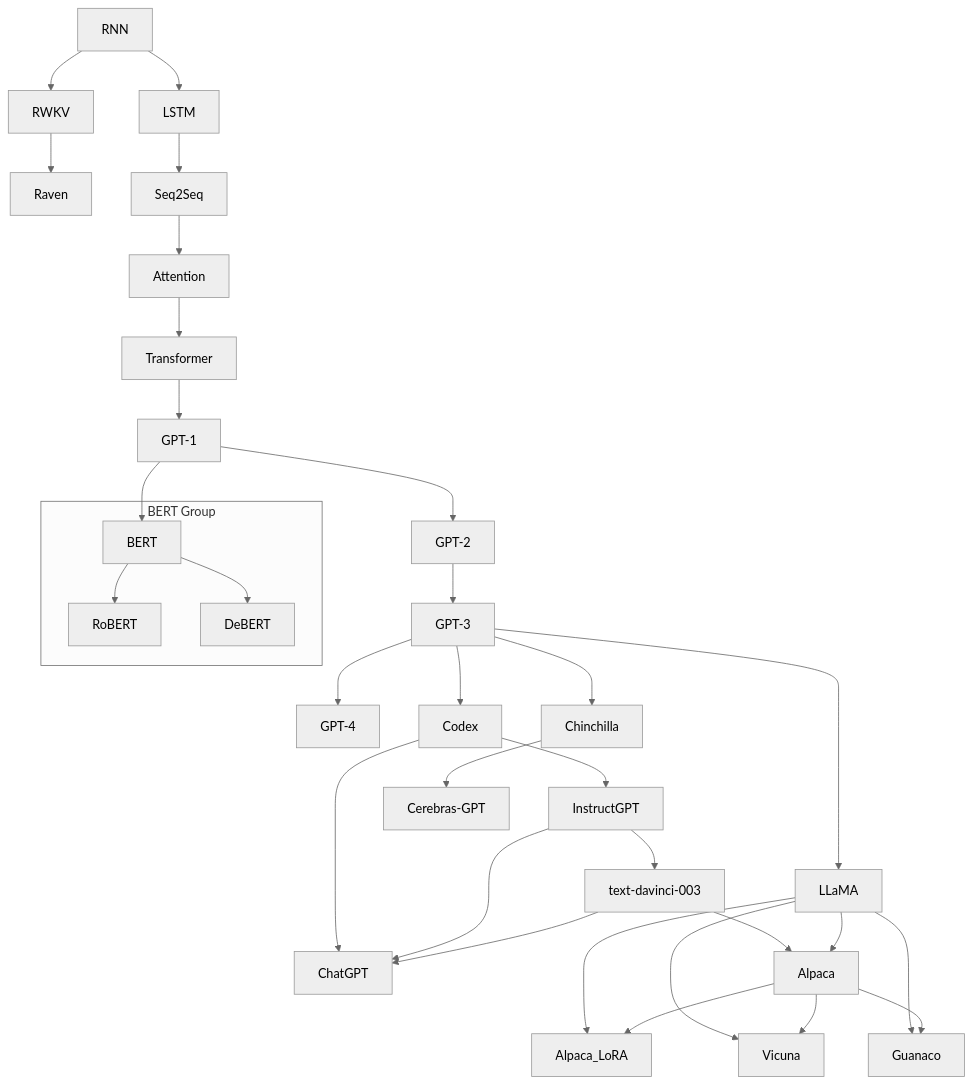
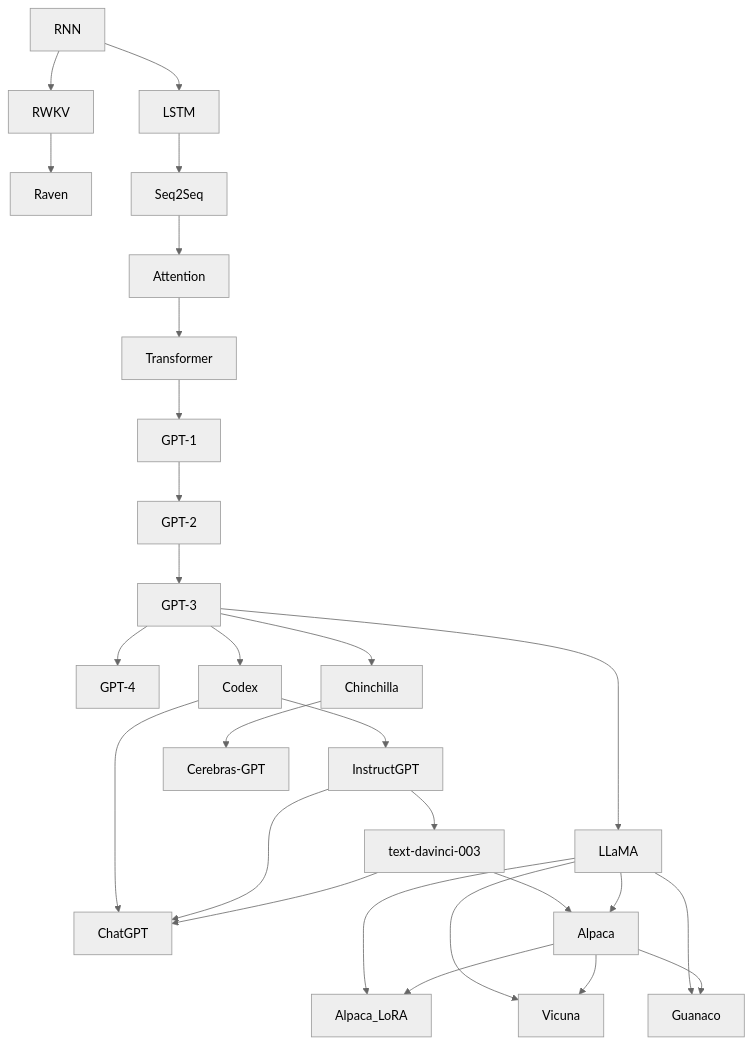
Before and after one commit to ted-sharp/chatvox: the fifth of 5 diagrams in doc/llm.md, drawn with Mermaid (neutral theme). The commit also changed other lines of this file, not shown here.

````diff
--- a/doc/llm.md
+++ b/doc/llm.md
@@ -79,33 +125,28 @@
 ```mermaid
 flowchart
 
 RNN --> LSTM
 RNN --> RWKV --> Raven
 LSTM --> Seq2Seq --> Attention --> Transformer --> GPT-1
 
-GPT-1 --> BERT
-subgraph BERT Group
-    BERT --> RoBERT
-    BERT --> DeBERT
-end
 
 GPT-1 --> GPT-2 --> GPT-3 --> GPT-4
 
 GPT-3 --> Codex --> InstructGPT --> text-davinci-003
 Codex --> ChatGPT
 InstructGPT --> ChatGPT
 text-davinci-003 --> ChatGPT
 text-davinci-003 --> Alpaca
 
 GPT-3  --> LLaMA
 LLaMA --> Alpaca
 LLaMA --> Alpaca_LoRA
 LLaMA --> Vicuna
 LLaMA --> Guanaco
 Alpaca --> Alpaca_LoRA
 Alpaca --> Vicuna
 Alpaca --> Guanaco
 
 GPT-3 --> Chinchilla --> Cerebras-GPT
 
 ```
````
